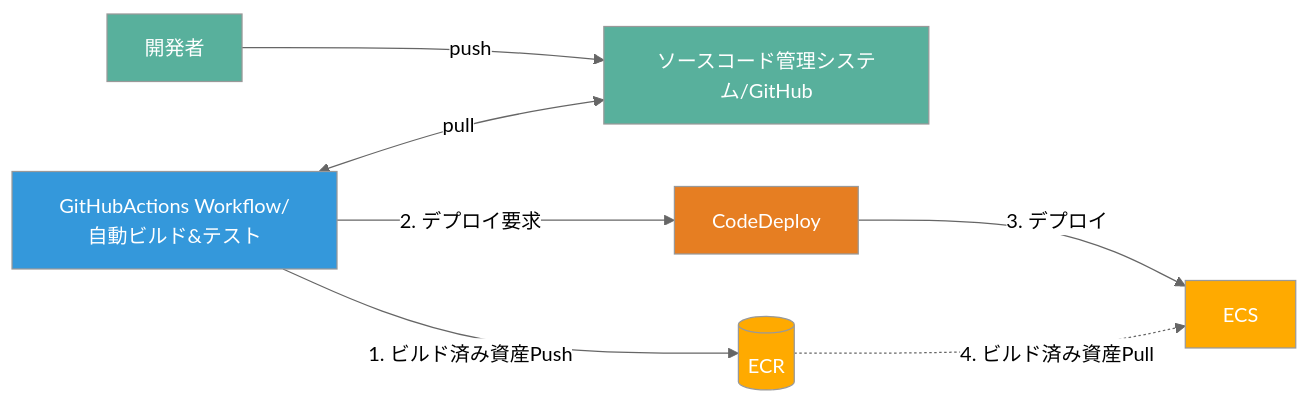
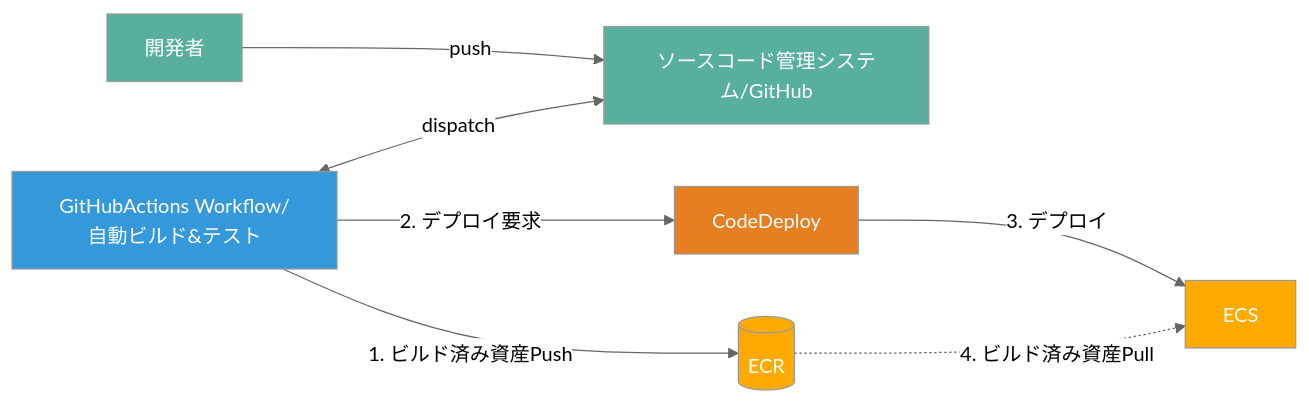
One commit to value-it/springboot-apps-template changed the third of 4 diagrams in infrastructure/cloudformation/README.md. Above: the diagram before and after it, drawn with Mermaid (neutral theme).

Commit message:
#33 キャプション修正

````diff
--- a/infrastructure/cloudformation/README.md
+++ b/infrastructure/cloudformation/README.md
@@ -58,28 +58,28 @@
 ```mermaid
 flowchart LR
 %% Developer and GitHub
   A[開発者] -->|push| B[ソースコード管理システム/GitHub]
-  J[GitHubActions Workflow/自動ビルド&テスト] <-->|pull| B
+  J[GitHubActions Workflow/自動ビルド&テスト] <-->|dispatch| B
 
 %% CI: Build & Push in GitHub Actions
   J -->|1. ビルド済み資産Push| E[(ECR)]
 
 %% CD: Deploy via CodeDeploy to ECS
   J -->|2. デプロイ要求| H[CodeDeploy]
   H -->|3. デプロイ| G[ECS]
 
 %% ECS pulls image from ECR (dotted relation)
   E -.->|4. ビルド済み資産Pull| G
 
 %% Styles
   classDef dev fill:#58b09c,color:#fff;
   classDef git fill:#2aa198,color:#fff;
   classDef ci fill:#3498db,color:#fff;
   classDef cd fill:#e67e22,color:#fff;
   classDef infra fill:#ffAA00,color:#fff;
 
   class A,B dev;
   class J,D ci;
   class H cd;
   class E,G infra;
 ```
````
